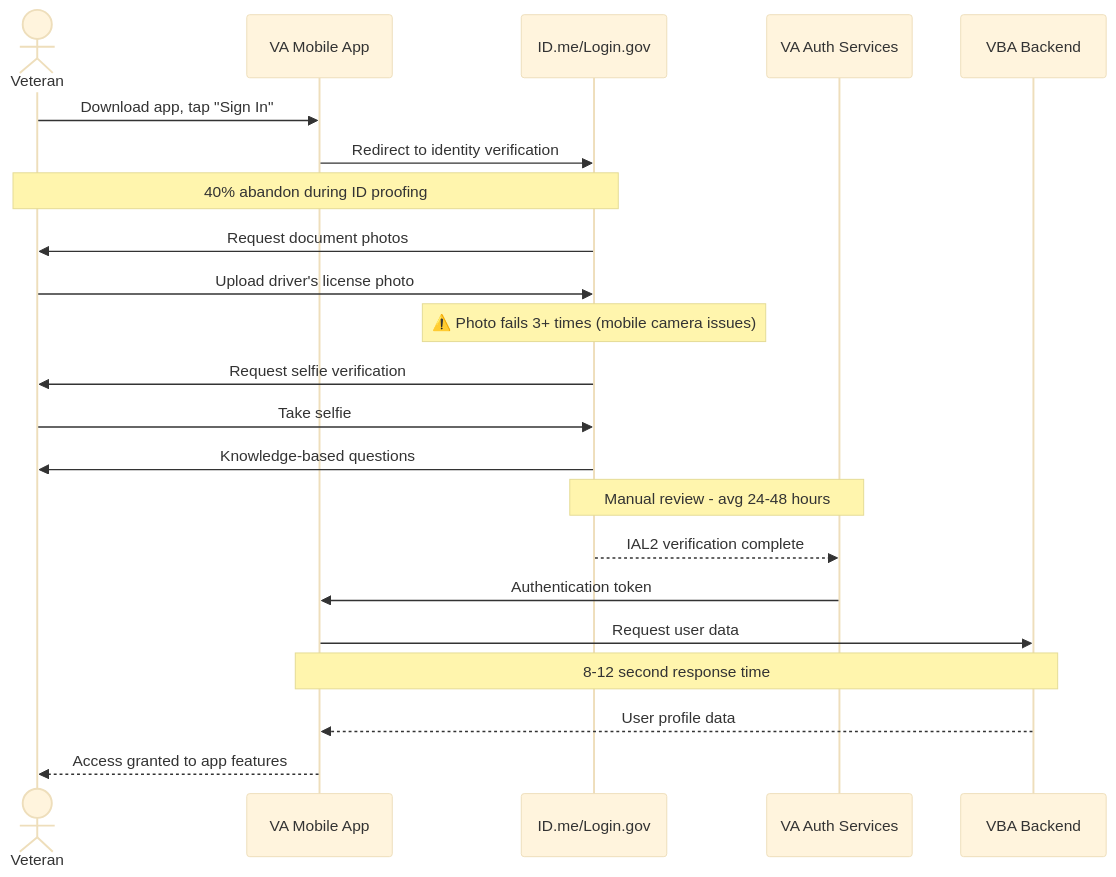
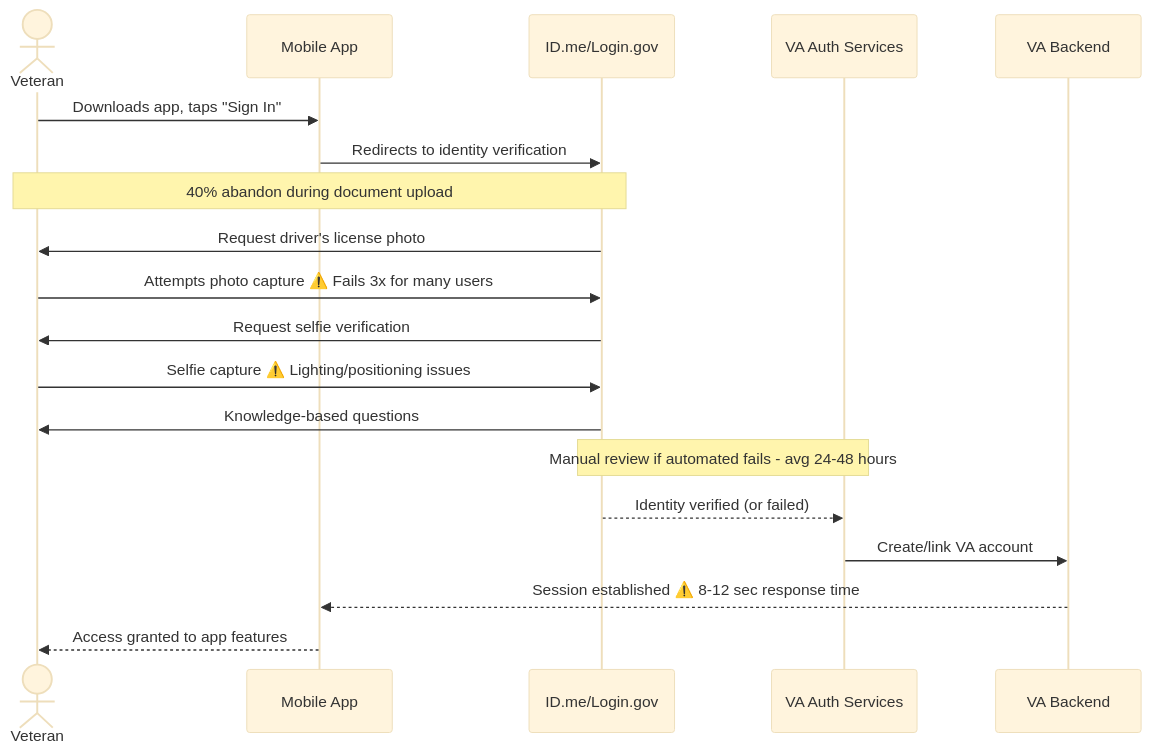
Before and after one commit to friends-innovation-lab/qori-slack: the second of 5 diagrams in beta-test/product-team-1/research/2027 VA Health and Benefits Mobile App Navigation Study/primary-research/01-planning/stakeholder-interviews/2027 VA Health and Benefits Mobile App Navigation Study_stakeholder_synthesis_February 10, 2026.md, drawn with Mermaid (base theme). The commit also changed other lines of this file, not shown here.

Commit message:
chore: add beta-test/product-team-1/research/2027 VA Health and Benefits Mobile App Navigation Study/primary-research/01-planning/stakeholder-interviews/2027 VA Health and Benefits Mobile App Navigation Study_stakeholder_synthesis_February 10, 2026.md

````diff
--- a/beta-test/product-team-1/research/2027 VA Health and Benefits Mobile App Navigation Study/primary-research/01-planning/stakeholder-interviews/2027 VA Health and Benefits Mobile App Navigation Study_stakeholder_synthesis_February 10, 2026.md
+++ b/beta-test/product-team-1/research/2027 VA Health and Benefits Mobile App Navigation Study/primary-research/01-planning/stakeholder-interviews/2027 VA Health and Benefits Mobile App Navigation Study_stakeholder_synthesis_February 10, 2026.md
@@ -103,25 +130,22 @@
 ```mermaid
 sequenceDiagram
     actor Veteran
-    participant MobileApp as VA Mobile App
-    participant IDProvider as ID.me/Login.gov
-    participant VAAuth as VA Auth Services
-    participant VBASystem as VBA Backend
+    participant App as Mobile App
+    participant IDme as ID.me/Login.gov
+    participant VA_Auth as VA Auth Services
+    participant Backend as VA Backend
     
-    Veteran->>MobileApp: Download app, tap "Sign In"
-    MobileApp->>IDProvider: Redirect to identity verification
-    Note over Veteran,IDProvider: 40% abandon during ID proofing
-    IDProvider->>Veteran: Request document photos
-    Veteran->>IDProvider: Upload driver's license photo
-    Note over IDProvider: ⚠️ Photo fails 3+ times (mobile camera issues)
-    IDProvider->>Veteran: Request selfie verification
-    Veteran->>IDProvider: Take selfie
-    IDProvider->>Veteran: Knowledge-based questions
-    Note over IDProvider,VAAuth: Manual review - avg 24-48 hours
-    IDProvider-->>VAAuth: IAL2 verification complete
-    VAAuth->>MobileApp: Authentication token
-    MobileApp->>VBASystem: Request user data
-    Note over MobileApp,VBASystem: 8-12 second response time
-    VBASystem-->>MobileApp: User profile data
-    MobileApp-->>Veteran: Access granted to app features
+    Veteran->>App: Downloads app, taps "Sign In"
+    App->>IDme: Redirects to identity verification
+    Note over Veteran,IDme: 40% abandon during document upload
+    IDme->>Veteran: Request driver's license photo
+    Veteran->>IDme: Attempts photo capture ⚠️ Fails 3x for many users
+    IDme->>Veteran: Request selfie verification
+    Veteran->>IDme: Selfie capture ⚠️ Lighting/positioning issues
+    IDme->>Veteran: Knowledge-based questions
+    Note over IDme,VA_Auth: Manual review if automated fails - avg 24-48 hours
+    IDme-->>VA_Auth: Identity verified (or failed)
+    VA_Auth->>Backend: Create/link VA account
+    Backend-->>App: Session established ⚠️ 8-12 sec response time
+    App-->>Veteran: Access granted to app features
 ```
````
